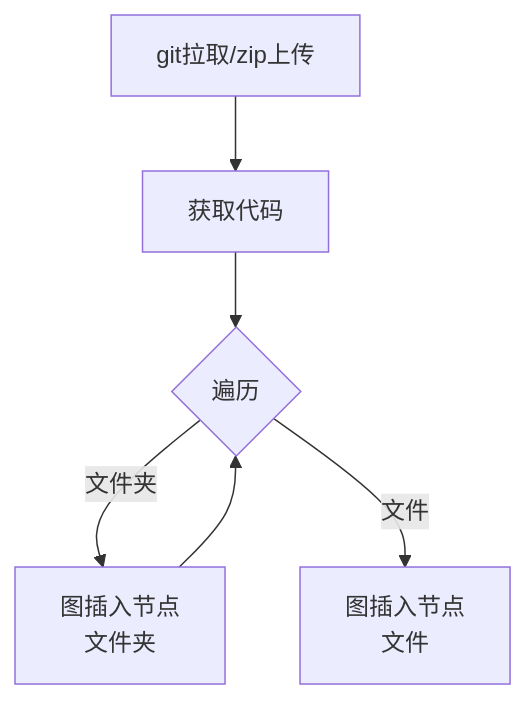
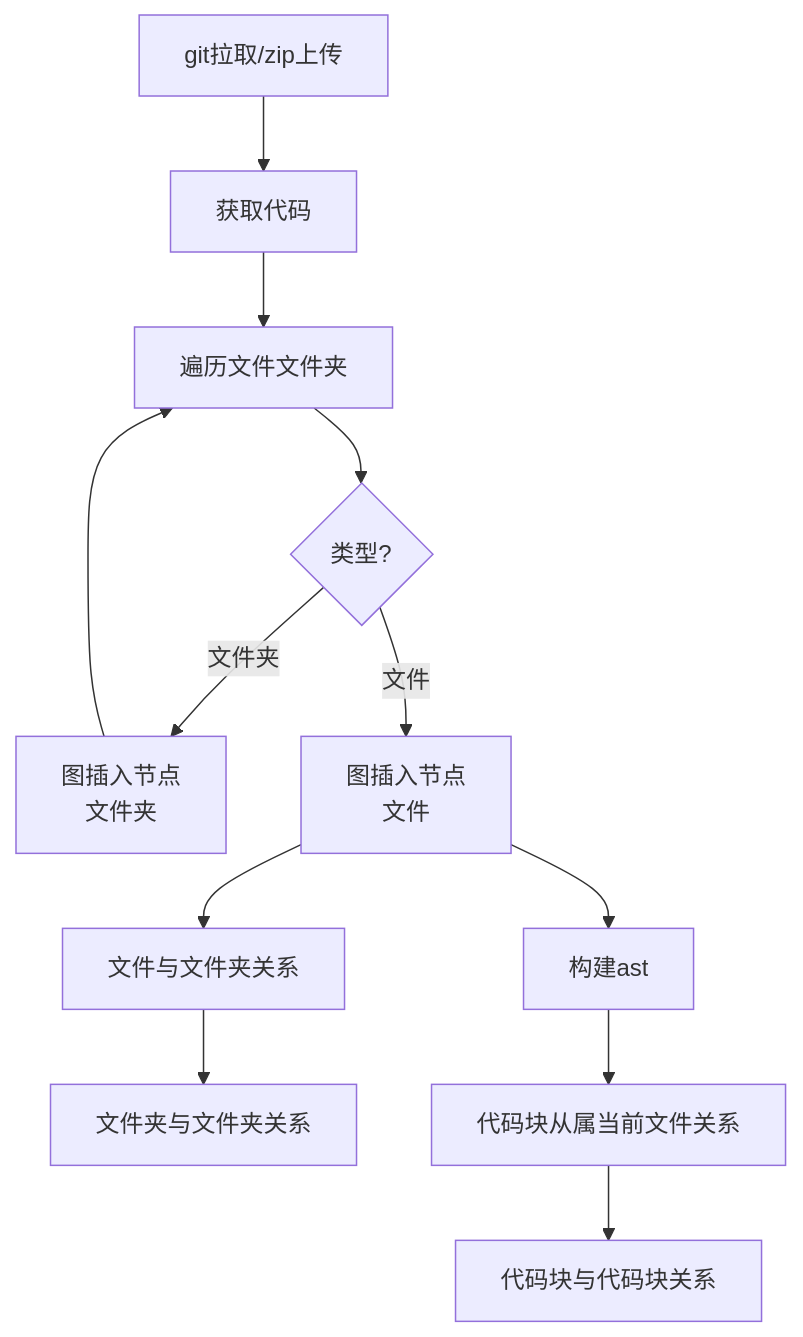
Before and after one commit to codebiu/server-example: the diagram in src/utils/rag/flow.md, drawn with Mermaid. The commit also changed 10 other files, not shown here.

Commit message:
图

````diff
--- a/src/utils/rag/flow.md
+++ b/src/utils/rag/flow.md
@@ -16,12 +16,15 @@
 ```mermaid
 graph TD;
     A[git拉取/zip上传] 
-    -->B[获取代码]
-    --> C{遍历};
+    -->B[获取代码]-->B1[遍历文件文件夹]
+    --> C{类型?};
     C --> |文件夹| D[图插入节点
-    文件夹]--> C{遍历};
+    文件夹]--> B1;
     C --> |文件| E[
         图插入节点
         文件
         ]
+
+    E --> 文件与文件夹关系 --> 文件夹与文件夹关系
+    E --> 构建ast --> 代码块从属当前文件关系 --> 代码块与代码块关系
 ```
````
